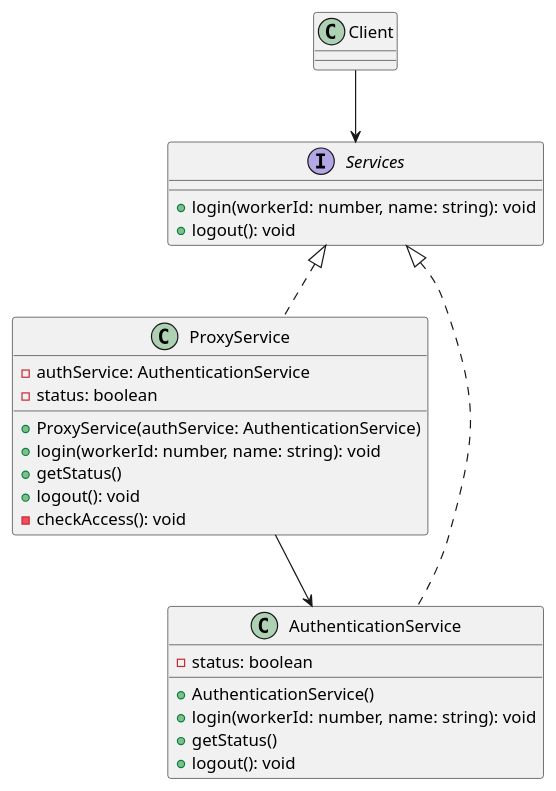
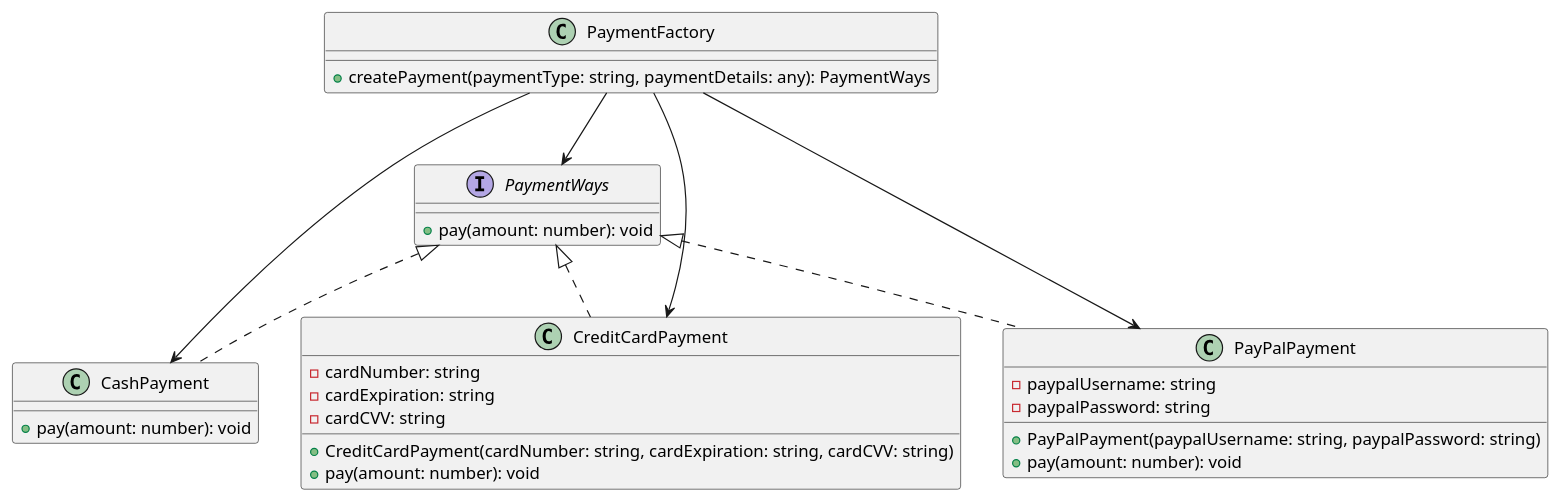
Before and after one commit to indian0ch/HotelInformalSystem: the diagram in public/new.plantuml, drawn with PlantUML. The commit also changed 12 other files, not shown here.

```diff
--- a/public/new.plantuml
+++ b/public/new.plantuml
@@ -1,37 +1,39 @@
 @startuml
 
-interface Services {
-  + login(workerId: number, name: string): void
-  + logout(): void
+class PaymentFactory {
+  + createPayment(paymentType: string, paymentDetails: any): PaymentWays
 }
 
-class ProxyService {
-  - authService: AuthenticationService
-  - status: boolean
-
-  + ProxyService(authService: AuthenticationService)
-  + login(workerId: number, name: string): void
-  + getStatus()
-  + logout(): void
-  - checkAccess(): void
+interface PaymentWays {
+  + pay(amount: number): void
 }
 
-class AuthenticationService {
-  - status: boolean
-
-  + AuthenticationService()
-  + login(workerId: number, name: string): void
-  + getStatus()
-  + logout(): void
-}
-class Client{
-
+class CashPayment {
+  + pay(amount: number): void
 }
 
-Services <|.. ProxyService
-Services <|.. AuthenticationService
+class CreditCardPayment {
+  - cardNumber: string
+  - cardExpiration: string
+  - cardCVV: string
+  + CreditCardPayment(cardNumber: string, cardExpiration: string, cardCVV: string)
+  + pay(amount: number): void
+}
 
-ProxyService --> AuthenticationService
-Client --> Services
+class PayPalPayment {
+  - paypalUsername: string
+  - paypalPassword: string
+  + PayPalPayment(paypalUsername: string, paypalPassword: string)
+  + pay(amount: number): void
+}
+
+PaymentFactory --> PaymentWays
+PaymentFactory --> CashPayment
+PaymentFactory --> CreditCardPayment
+PaymentFactory --> PayPalPayment
+
+PaymentWays <|.. CashPayment
+PaymentWays <|.. CreditCardPayment
+PaymentWays <|.. PayPalPayment
 
 @enduml
```
